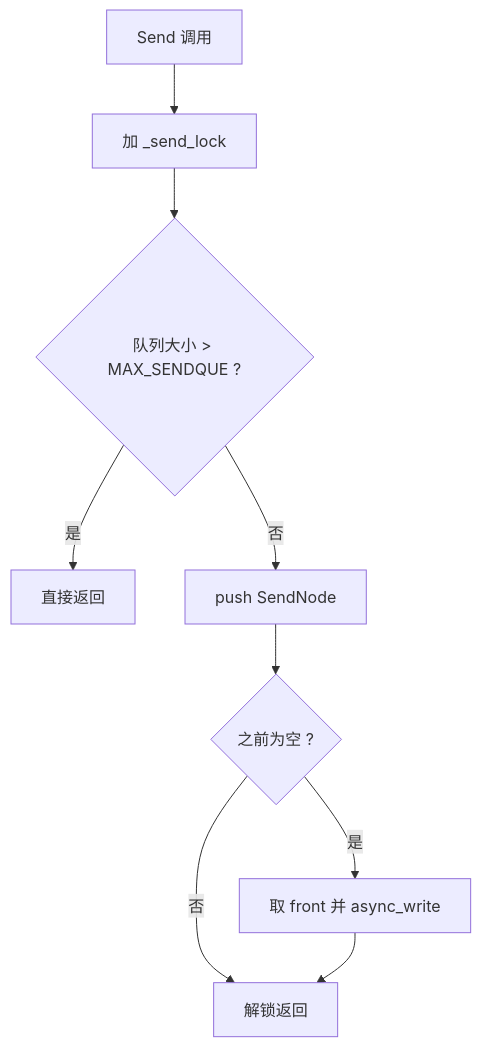
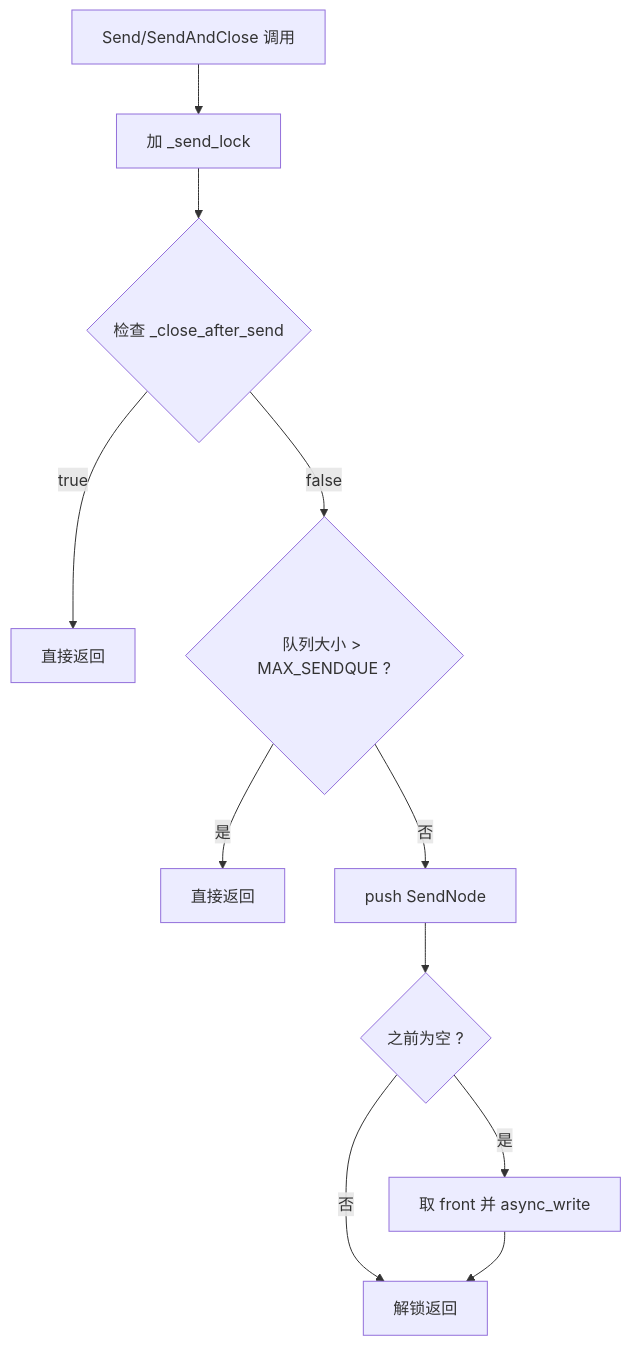
One commit to echo9923/mychatter changed the eighth of 11 diagrams in .qoder/repowiki/zh/content/服务端开发/ChatServer聊天核心服务/会话管理/并发控制与同步.md. Above: the diagram before and after it, drawn with Mermaid. The commit also changed other lines of this file and 54 other files, not shown here.

````diff
--- a/.qoder/repowiki/zh/content/服务端开发/ChatServer聊天核心服务/会话管理/并发控制与同步.md
+++ b/.qoder/repowiki/zh/content/服务端开发/ChatServer聊天核心服务/会话管理/并发控制与同步.md
@@ -192,11 +307,13 @@
 ```mermaid
 flowchart TD
-A["Send 调用"] --> B["加 _send_lock"]
-B --> C{"队列大小 > MAX_SENDQUE ?"}
-C --> |是| D["直接返回"]
-C --> |否| E["push SendNode"]
-E --> F{"之前为空 ?"}
-F --> |否| G["解锁返回"]
-F --> |是| H["取 front 并 async_write"]
-H --> G
+A["Send/SendAndClose 调用"] --> B["加 _send_lock"]
+B --> C{"检查 _close_after_send"}
+C --> |true| D["直接返回"]
+C --> |false| E{"队列大小 > MAX_SENDQUE ?"}
+E --> |是| F["直接返回"]
+E --> |否| G["push SendNode"]
+G --> H{"之前为空 ?"}
+H --> |否| I["解锁返回"]
+H --> |是| J["取 front 并 async_write"]
+J --> I
 ```
````
